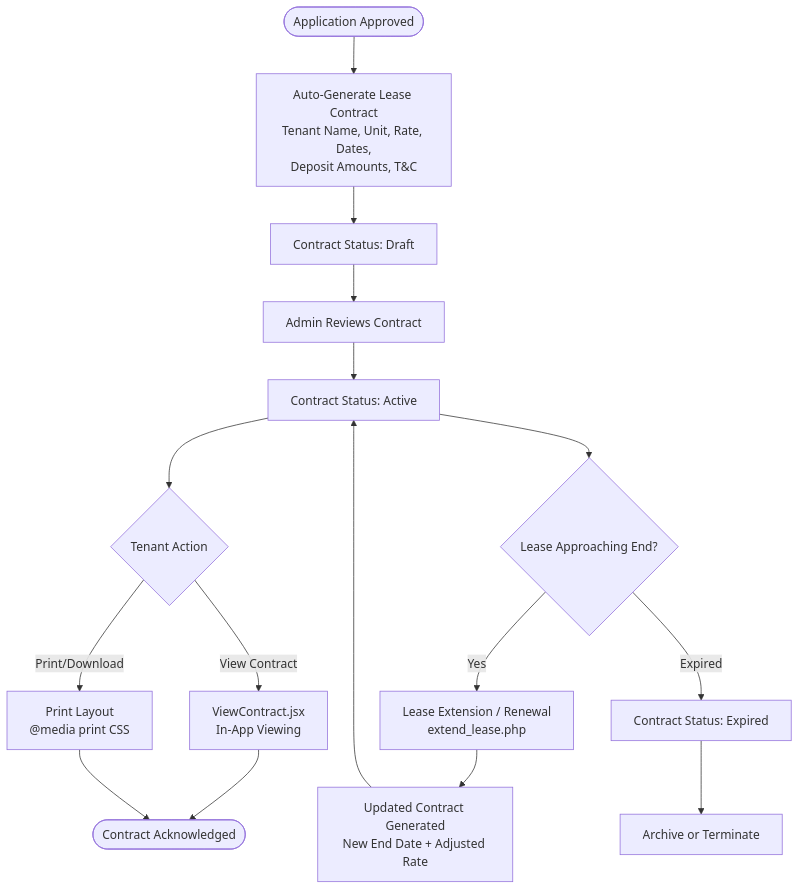
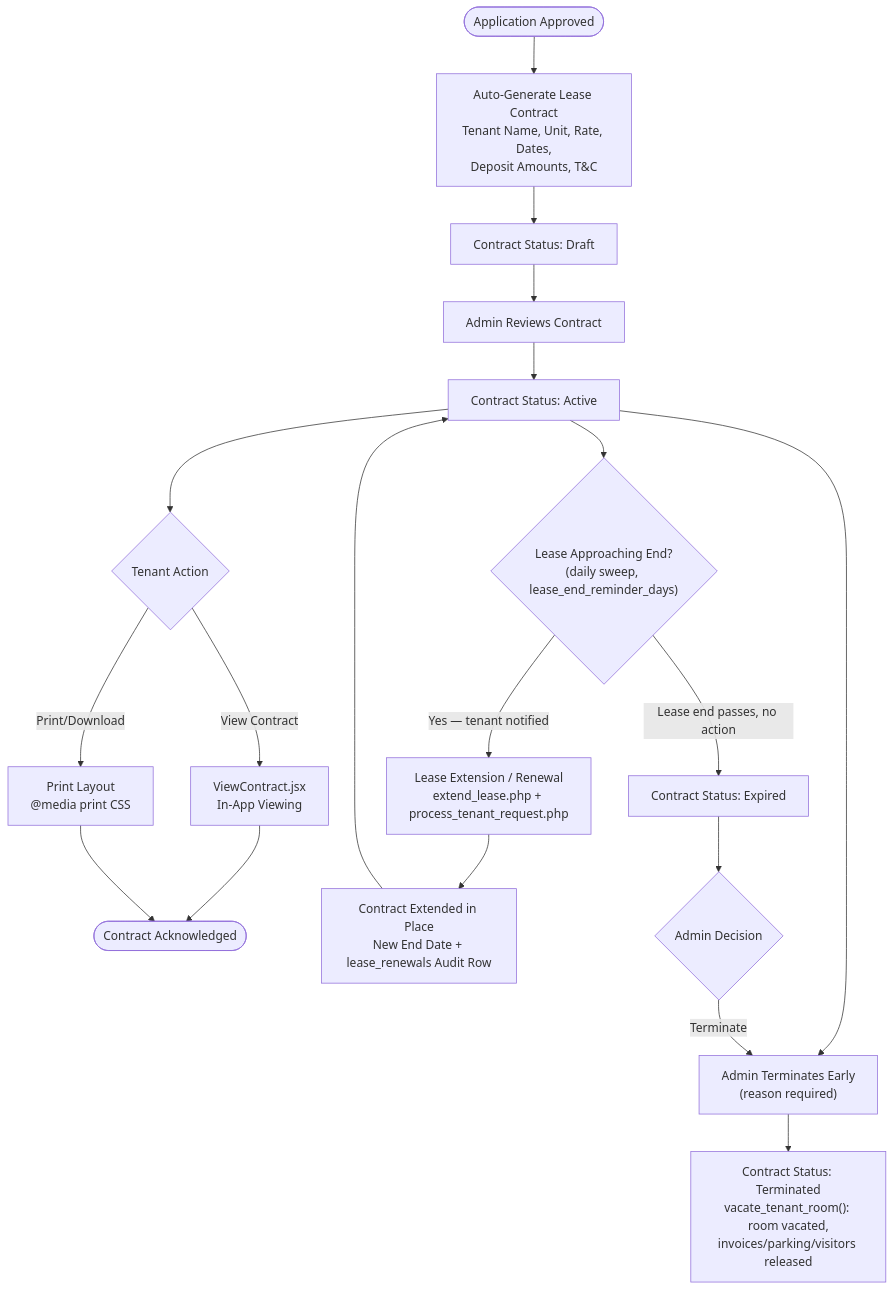
The eighth of 11 diagrams in docs/features/panelist_feature_checklist.md (Keonbe/ApartmentManagementSystem_React), drawn with Mermaid before and after one commit. The commit also changed other lines of this file and 24 other files, not shown here.

````diff
--- a/docs/features/panelist_feature_checklist.md
+++ b/docs/features/panelist_feature_checklist.md
@@ -262,18 +264,21 @@
 ```mermaid
 flowchart TD
     A(["Application Approved"]) --> B["Auto-Generate Lease Contract<br/>Tenant Name, Unit, Rate, Dates,<br/>Deposit Amounts, T&C"]
     B --> C["Contract Status: Draft"]
     C --> D["Admin Reviews Contract"]
     D --> E["Contract Status: Active"]
     E --> F{"Tenant Action"}
     F -->|View Contract| G["ViewContract.jsx<br/>In-App Viewing"]
     F -->|Print/Download| H["Print Layout<br/>@media print CSS"]
     G --> I(["Contract Acknowledged"])
     H --> I
-    E --> J{"Lease Approaching End?"}
-    J -->|Yes| K["Lease Extension / Renewal<br/>extend_lease.php"]
-    K --> L["Updated Contract Generated<br/>New End Date + Adjusted Rate"]
+    E --> J{"Lease Approaching End?<br/>(daily sweep, lease_end_reminder_days)"}
+    J -->|Yes — tenant notified| K["Lease Extension / Renewal<br/>extend_lease.php + process_tenant_request.php"]
+    K --> L["Contract Extended in Place<br/>New End Date + lease_renewals Audit Row"]
     L --> E
-    J -->|Expired| M["Contract Status: Expired"]
-    M --> N["Archive or Terminate"]
+    J -->|Lease end passes, no action| M["Contract Status: Expired"]
+    M --> N{"Admin Decision"}
+    E --> O["Admin Terminates Early<br/>(reason required)"]
+    N -->|Terminate| O
+    O --> P["Contract Status: Terminated<br/>vacate_tenant_room(): room vacated,<br/>invoices/parking/visitors released"]
 ```
````
